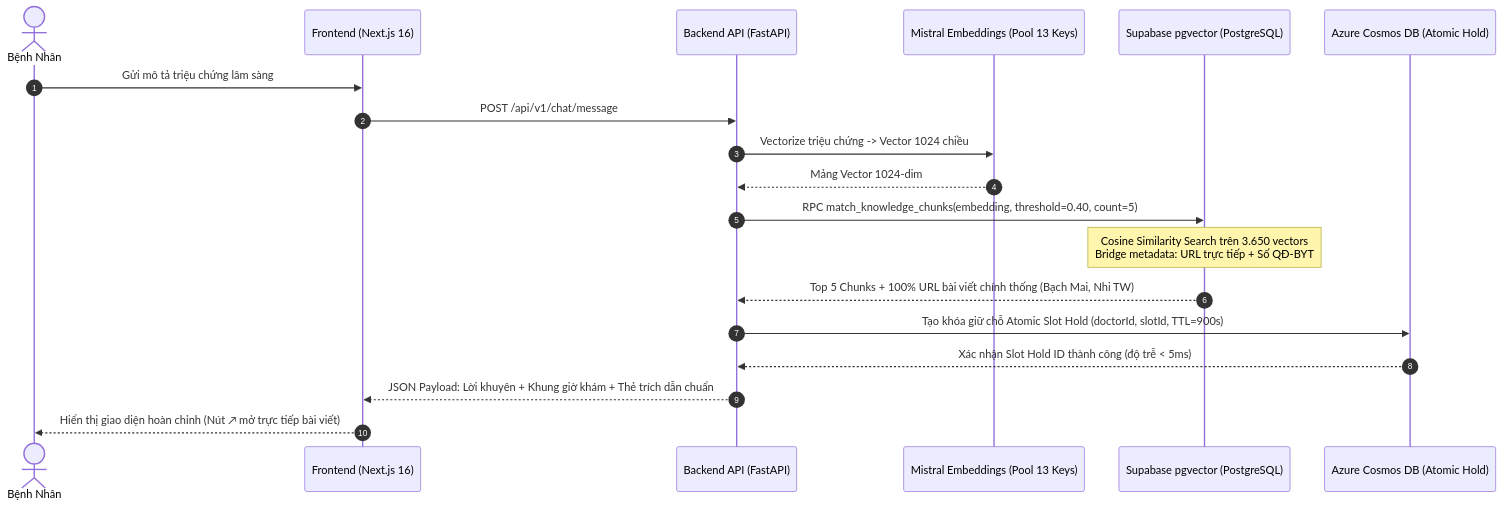
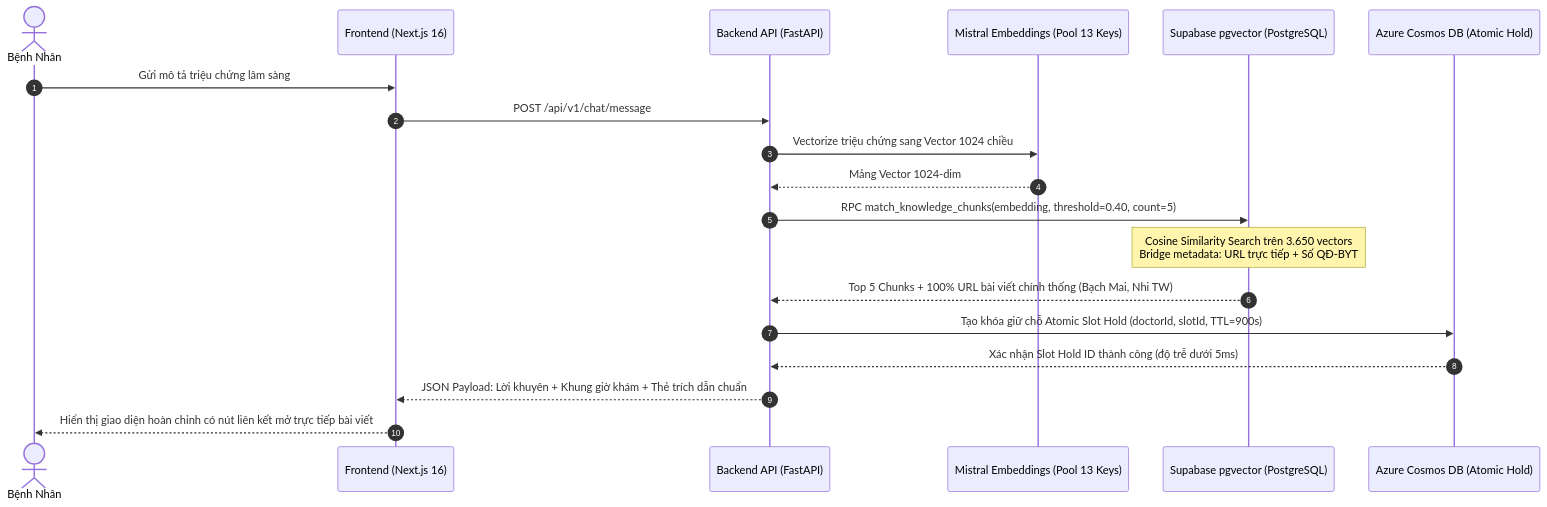
The second of 2 diagrams in README.md (Namnguyen3008/vmec-web-ui), drawn with Mermaid before and after one commit. The commit also changed other lines of this file, not shown here.

Commit message:
fix(docs): fix Mermaid diagram syntax in README

````diff
--- a/README.md
+++ b/README.md
@@ -102,22 +102,22 @@
 ```mermaid
 sequenceDiagram
     autonumber
     actor Patient as Bệnh Nhân
     participant NextJS as Frontend (Next.js 16)
     participant FastAPI as Backend API (FastAPI)
     participant Mistral as Mistral Embeddings (Pool 13 Keys)
     participant Supabase as Supabase pgvector (PostgreSQL)
     participant Cosmos as Azure Cosmos DB (Atomic Hold)
 
     Patient->>NextJS: Gửi mô tả triệu chứng lâm sàng
     NextJS->>FastAPI: POST /api/v1/chat/message
-    FastAPI->>Mistral: Vectorize triệu chứng -> Vector 1024 chiều
+    FastAPI->>Mistral: Vectorize triệu chứng sang Vector 1024 chiều
     Mistral-->>FastAPI: Mảng Vector 1024-dim
     FastAPI->>Supabase: RPC match_knowledge_chunks(embedding, threshold=0.40, count=5)
     Note over Supabase: Cosine Similarity Search trên 3.650 vectors<br/>Bridge metadata: URL trực tiếp + Số QĐ-BYT
     Supabase-->>FastAPI: Top 5 Chunks + 100% URL bài viết chính thống (Bạch Mai, Nhi TW)
     FastAPI->>Cosmos: Tạo khóa giữ chỗ Atomic Slot Hold (doctorId, slotId, TTL=900s)
-    Cosmos-->>FastAPI: Xác nhận Slot Hold ID thành công (độ trễ < 5ms)
+    Cosmos-->>FastAPI: Xác nhận Slot Hold ID thành công (độ trễ dưới 5ms)
     FastAPI-->>NextJS: JSON Payload: Lời khuyên + Khung giờ khám + Thẻ trích dẫn chuẩn
-    NextJS-->>Patient: Hiển thị giao diện hoàn chỉnh (Nút ↗ mở trực tiếp bài viết)
+    NextJS-->>Patient: Hiển thị giao diện hoàn chỉnh có nút liên kết mở trực tiếp bài viết
 ```
````
